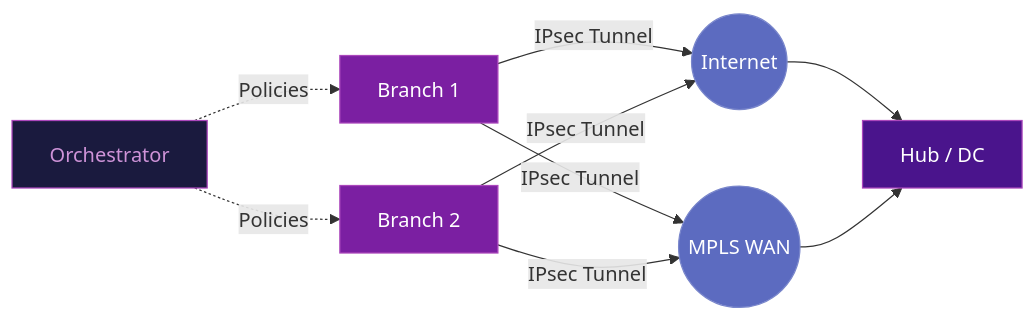
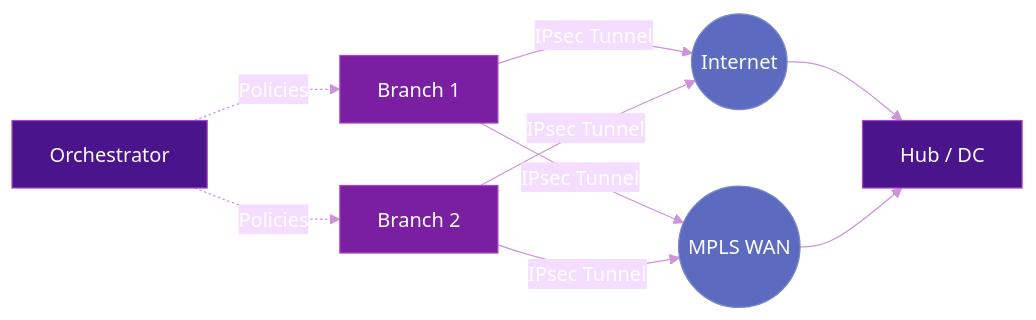
One commit to eldaninavas/srv6.md changed the first of 3 diagrams in docs/use-cases/sd-wan.md. Above: the diagram before and after it, drawn with Mermaid. The commit also changed other lines of this file and 26 other files, not shown here.

First line of the commit message:
fix: Mermaid diagram text visibility in light mode + categorize RFC nav

````diff
--- a/docs/use-cases/sd-wan.md
+++ b/docs/use-cases/sd-wan.md
@@ -20,18 +20,19 @@
 ```mermaid
+%%{init: {"theme": "base", "themeVariables": {"primaryTextColor": "#fff", "lineColor": "#ce93d8", "textColor": "#fff"}}}%%
 graph LR
     B1[Branch 1] -->|IPsec Tunnel| INET((Internet))
     B1 -->|IPsec Tunnel| MPLS((MPLS WAN))
     B2[Branch 2] -->|IPsec Tunnel| INET
     B2 -->|IPsec Tunnel| MPLS
     INET --> HUB[Hub / DC]
     MPLS --> HUB
     ORCH[Orchestrator] -.->|Policies| B1
     ORCH -.->|Policies| B2
 
     style B1 fill:#7b1fa2,color:#fff,stroke:#ab47bc
     style B2 fill:#7b1fa2,color:#fff,stroke:#ab47bc
     style HUB fill:#4a148c,color:#fff,stroke:#ab47bc
-    style ORCH fill:#1a1a3e,color:#ce93d8,stroke:#ab47bc
+    style ORCH fill:#4a148c,color:#fff,stroke:#ab47bc
     style INET fill:#5c6bc0,color:#fff,stroke:#7986cb
     style MPLS fill:#5c6bc0,color:#fff,stroke:#7986cb
 ```
````
